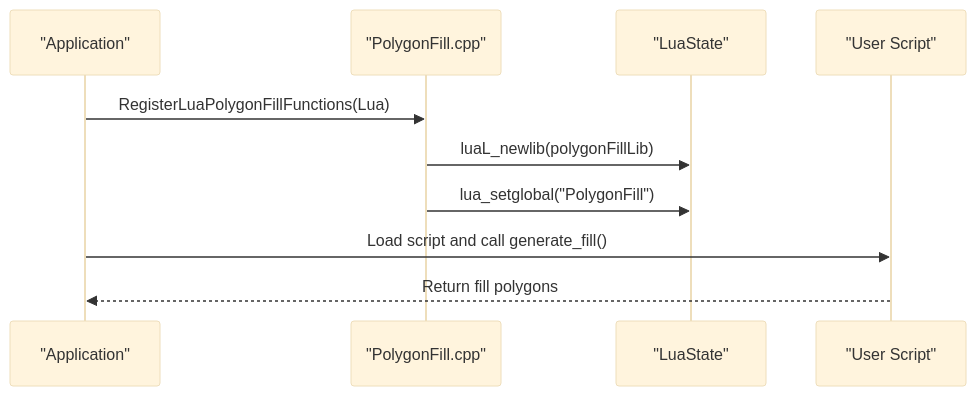
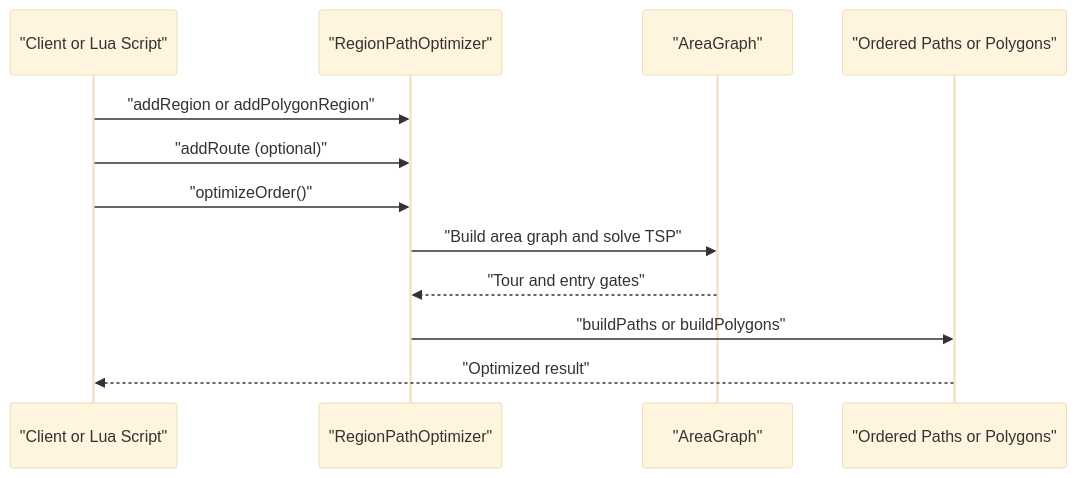
The sixth of 8 diagrams in .qoder/repowiki/en/content/Extension Development/Custom Algorithms.md (hsmbanlance/HsBaSlicer), drawn with Mermaid (base theme) before and after one commit. The commit also changed other lines of this file and 1095 other files, not shown here.

````diff
--- a/.qoder/repowiki/en/content/Extension Development/Custom Algorithms.md
+++ b/.qoder/repowiki/en/content/Extension Development/Custom Algorithms.md
@@ -305,12 +347,14 @@
 ```mermaid
 sequenceDiagram
-participant App as "Application"
-participant PF as "PolygonFill.cpp"
-participant Lua as "LuaState"
-participant Script as "User Script"
-App->>PF : RegisterLuaPolygonFillFunctions(Lua)
-PF->>Lua : luaL_newlib(polygonFillLib)
-PF->>Lua : lua_setglobal("PolygonFill")
-App->>Script : Load script and call generate_fill()
-Script-->>App : Return fill polygons
+participant Client as "Client or Lua Script"
+participant Optimizer as "RegionPathOptimizer"
+participant Graph as "AreaGraph"
+participant Output as "Ordered Paths or Polygons"
+Client->>Optimizer : "addRegion or addPolygonRegion"
+Client->>Optimizer : "addRoute (optional)"
+Client->>Optimizer : "optimizeOrder()"
+Optimizer->>Graph : "Build area graph and solve TSP"
+Graph-->>Optimizer : "Tour and entry gates"
+Optimizer->>Output : "buildPaths or buildPolygons"
+Output-->>Client : "Optimized result"
 ```
````
